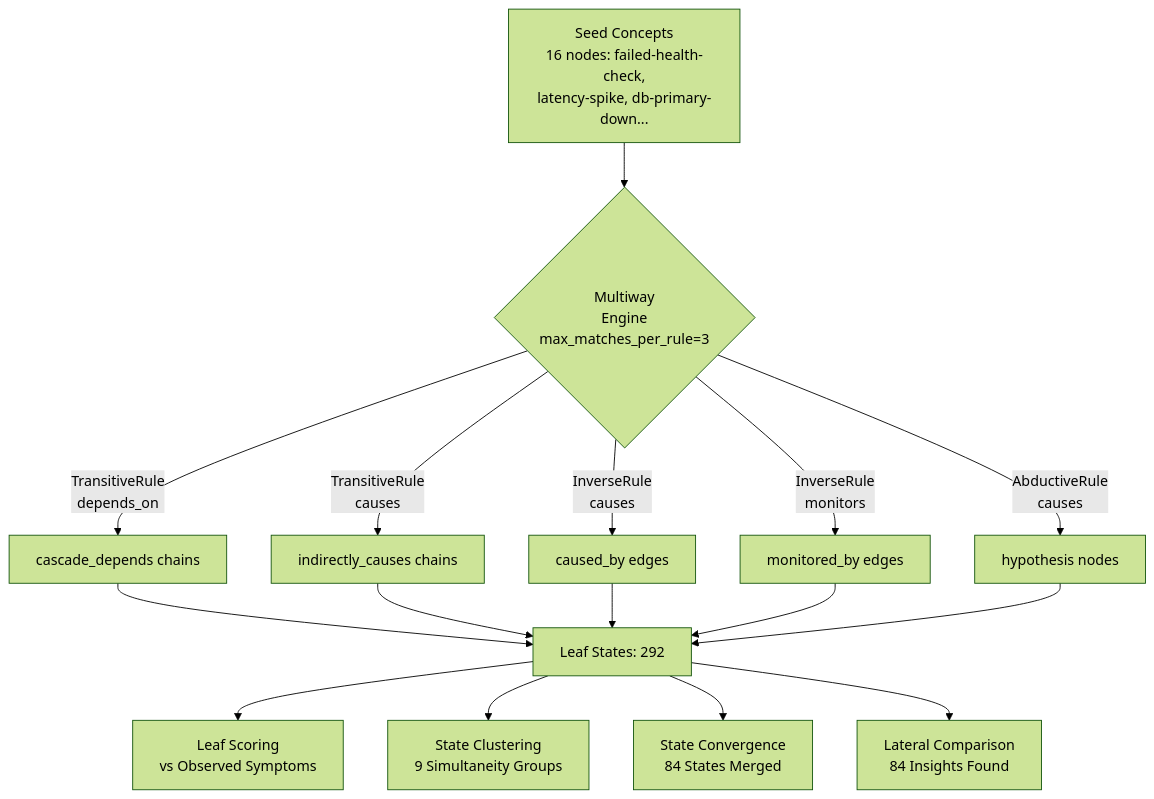
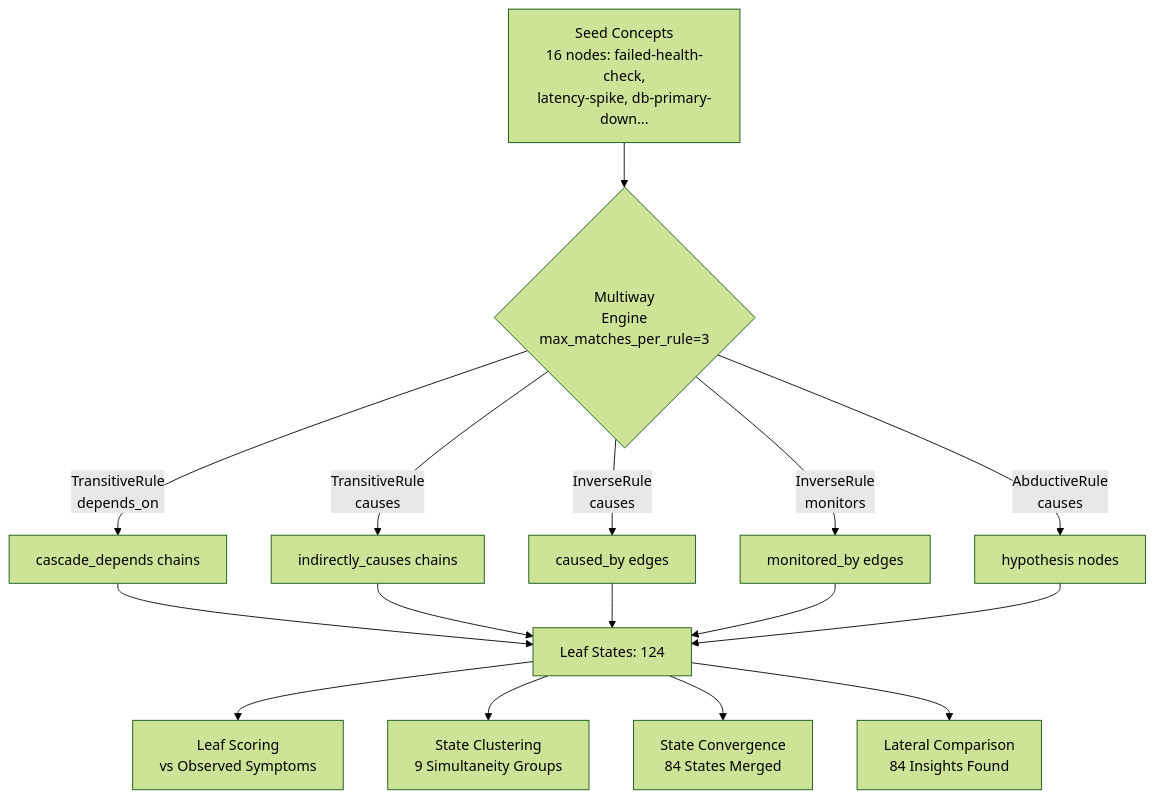
One commit to antquinonez/Hyper3 changed the second of 2 diagrams in examples/showcase/reasoning/multiway_reasoning/README.md. Above: the diagram before and after it, drawn with Mermaid (forest theme). The commit also changed other lines of this file and 3 other files, not shown here.

````diff
--- a/examples/showcase/reasoning/multiway_reasoning/README.md
+++ b/examples/showcase/reasoning/multiway_reasoning/README.md
@@ -168,23 +168,23 @@
 ```mermaid
 graph TD
     SEED["Seed Concepts<br/>16 nodes: failed-health-check,<br/>latency-spike, db-primary-down..."]
 
     SEED --> MW{"Multiway<br/>Engine<br/>max_matches_per_rule=3"}
 
     MW -->|"TransitiveRule<br/>depends_on"| B1["cascade_depends chains"]
     MW -->|"TransitiveRule<br/>causes"| B2["indirectly_causes chains"]
     MW -->|"InverseRule<br/>causes"| B6["caused_by edges"]
     MW -->|"InverseRule<br/>monitors"| B8["monitored_by edges"]
     MW -->|"AbductiveRule<br/>causes"| B10["hypothesis nodes"]
 
-    B1 --> LEAF["Leaf States: 292"]
+    B1 --> LEAF["Leaf States: 124"]
     B2 --> LEAF
     B6 --> LEAF
     B8 --> LEAF
     B10 --> LEAF
 
     LEAF --> SCORE["Leaf Scoring<br/>vs Observed Symptoms"]
     LEAF --> CLUSTER["State Clustering<br/>9 Simultaneity Groups"]
     LEAF --> CONVERGE["State Convergence<br/>84 States Merged"]
     LEAF --> LATERAL["Lateral Comparison<br/>84 Insights Found"]
 ```
````
